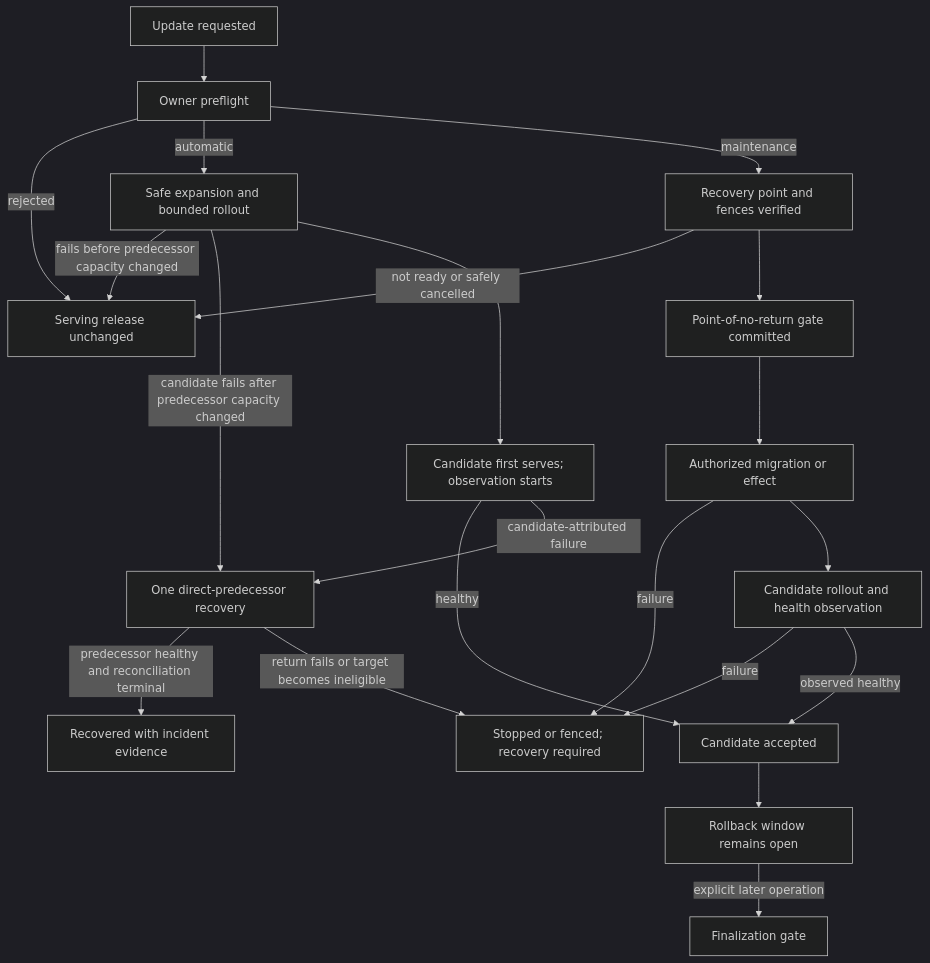
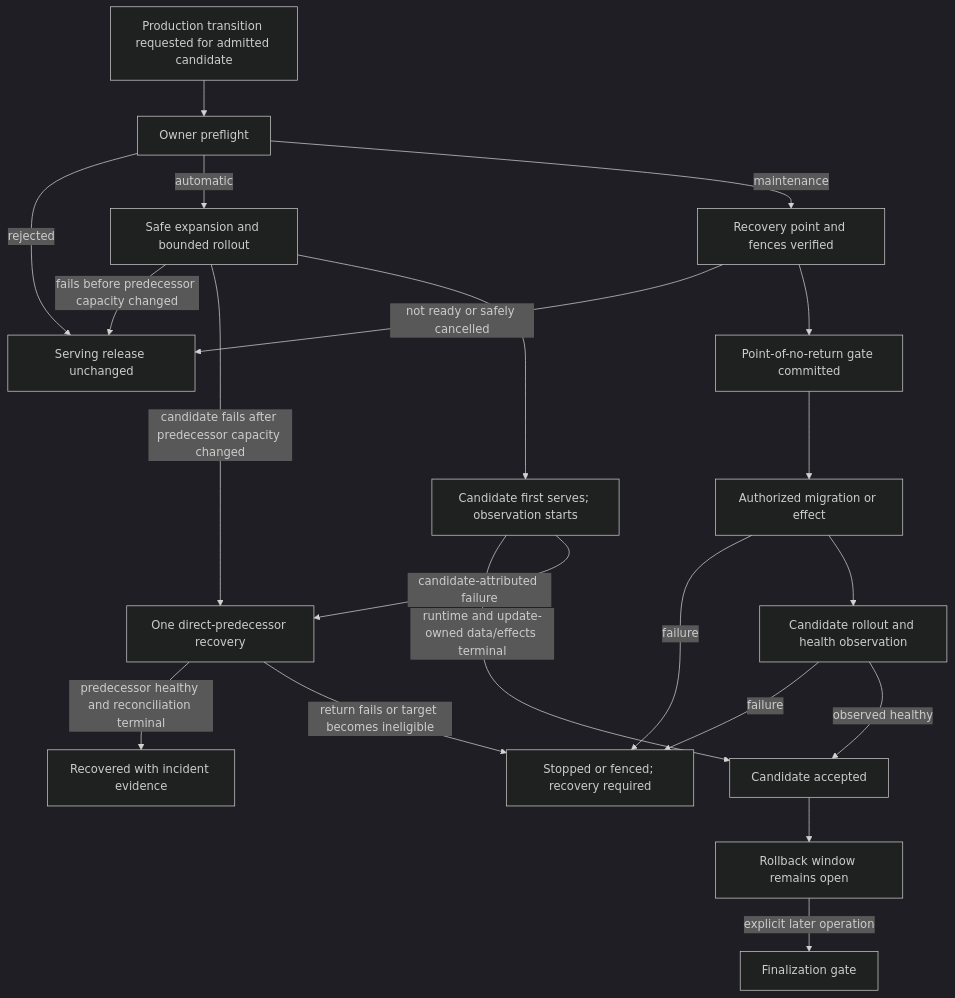
Before and after one commit to RusTokRs/RusTok: the diagram in docs/modules/module-release-rollback-plan.md, drawn with Mermaid (dark theme). The commit also changed other lines of this file and 89 other files, not shown here.

````diff
--- a/docs/modules/module-release-rollback-plan.md
+++ b/docs/modules/module-release-rollback-plan.md
@@ -234,23 +1086,23 @@
 ```mermaid
 flowchart TD
-    A["Update requested"] --> B["Owner preflight"]
+    A["Production transition requested for admitted candidate"] --> B["Owner preflight"]
     B -->|rejected| C["Serving release unchanged"]
     B -->|automatic| D["Safe expansion and bounded rollout"]
     D -->|fails before predecessor capacity changed| C
     D -->|candidate fails after predecessor capacity changed| G
     D --> E["Candidate first serves; observation starts"]
-    E -->|healthy| F["Candidate accepted"]
+    E -->|runtime and update-owned data/effects terminal| F["Candidate accepted"]
     E -->|candidate-attributed failure| G["One direct-predecessor recovery"]
     G -->|predecessor healthy and reconciliation terminal| H["Recovered with incident evidence"]
     G -->|return fails or target becomes ineligible| I["Stopped or fenced; recovery required"]
     B -->|maintenance| J["Recovery point and fences verified"]
     J -->|not ready or safely cancelled| C
     J --> K["Point-of-no-return gate committed"]
     K --> N["Authorized migration or effect"]
     N -->|failure| I
     N --> O["Candidate rollout and health observation"]
     O -->|failure| I
     O -->|observed healthy| F
     F --> L["Rollback window remains open"]
     L -->|explicit later operation| M["Finalization gate"]
 ```
````
